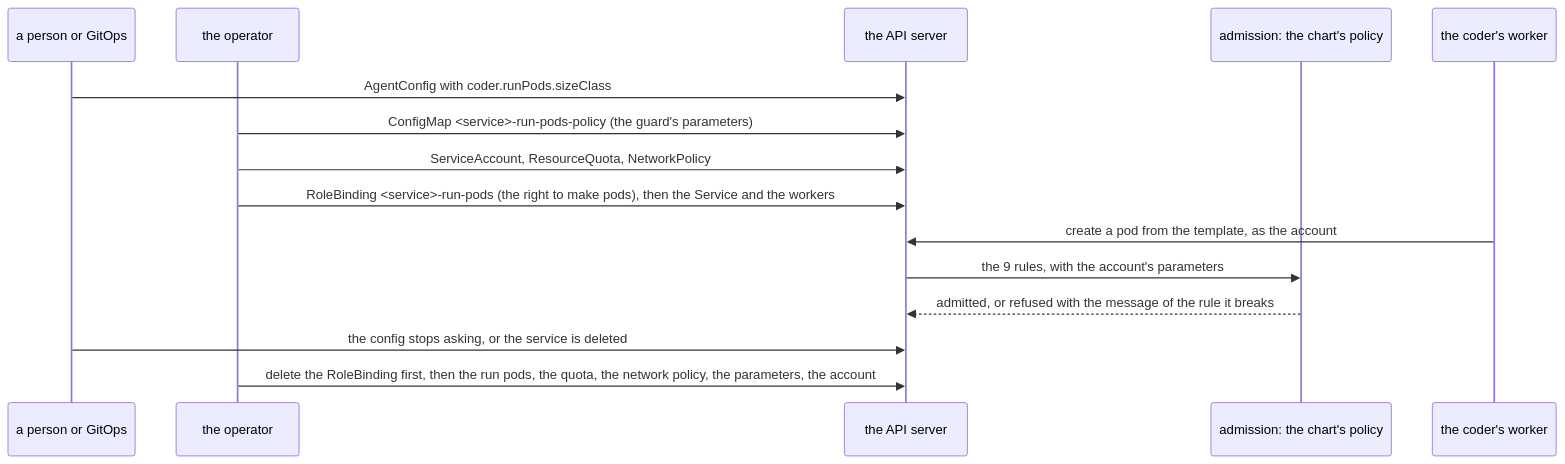
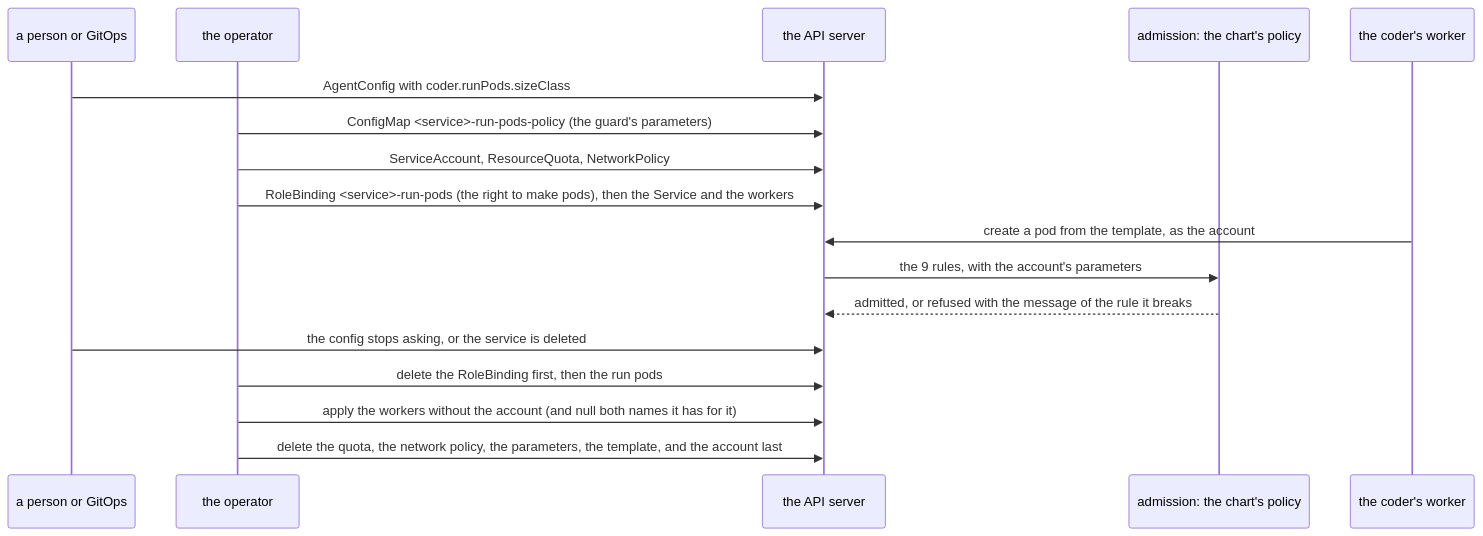
Before and after one commit to vymalo/another-agentic-platform: the second of 4 diagrams in deploy/operator/README.md, drawn with Mermaid. The commit also changed other lines of this file and 22 other files, not shown here.

````diff
--- a/deploy/operator/README.md
+++ b/deploy/operator/README.md
@@ -125,17 +125,19 @@
 ```mermaid
 sequenceDiagram
   participant P as a person or GitOps
   participant O as the operator
   participant K as the API server
   participant G as admission: the chart's policy
   participant W as the coder's worker
   P->>K: AgentConfig with coder.runPods.sizeClass
   O->>K: ConfigMap <service>-run-pods-policy (the guard's parameters)
   O->>K: ServiceAccount, ResourceQuota, NetworkPolicy
   O->>K: RoleBinding <service>-run-pods (the right to make pods), then the Service and the workers
   W->>K: create a pod from the template, as the account
   K->>G: the 9 rules, with the account's parameters
   G-->>K: admitted, or refused with the message of the rule it breaks
   P->>K: the config stops asking, or the service is deleted
-  O->>K: delete the RoleBinding first, then the run pods, the quota, the network policy, the parameters, the account
+  O->>K: delete the RoleBinding first, then the run pods
+  O->>K: apply the workers without the account (and null both names it has for it)
+  O->>K: delete the quota, the network policy, the parameters, the template, and the account last
 ```
````
